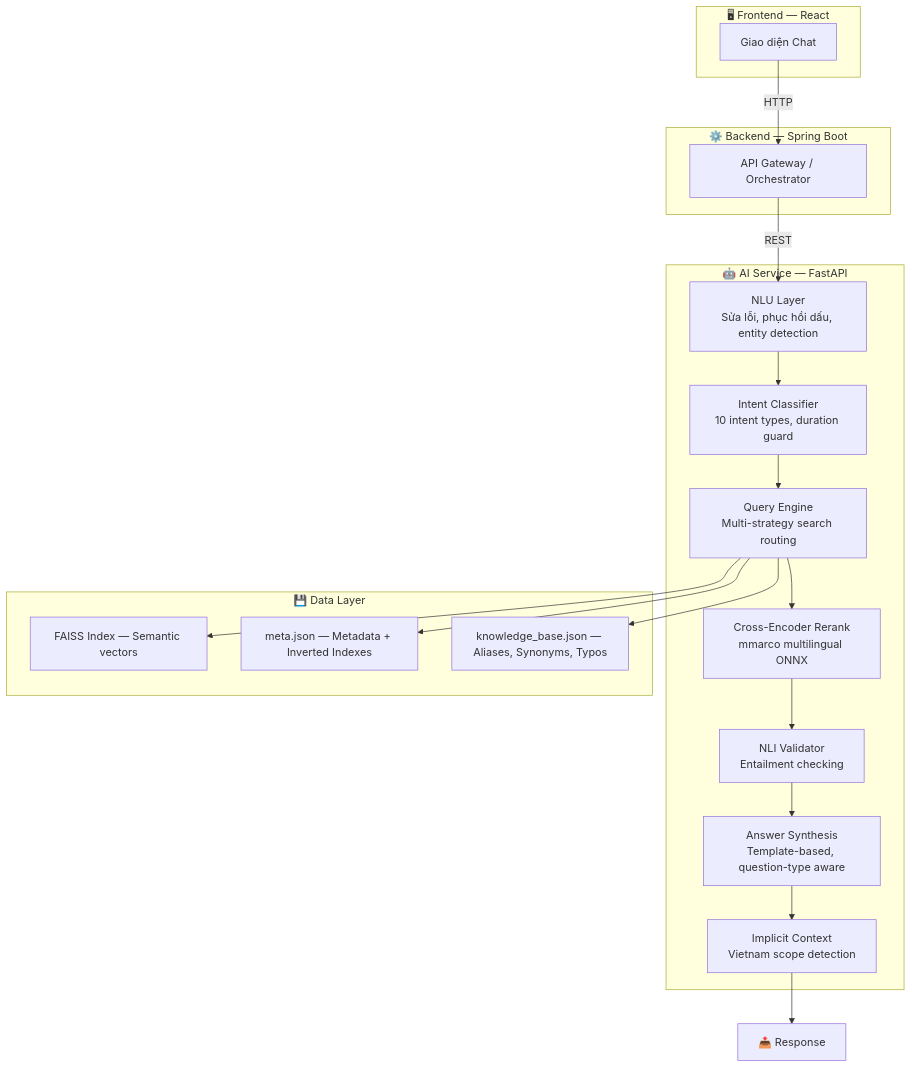
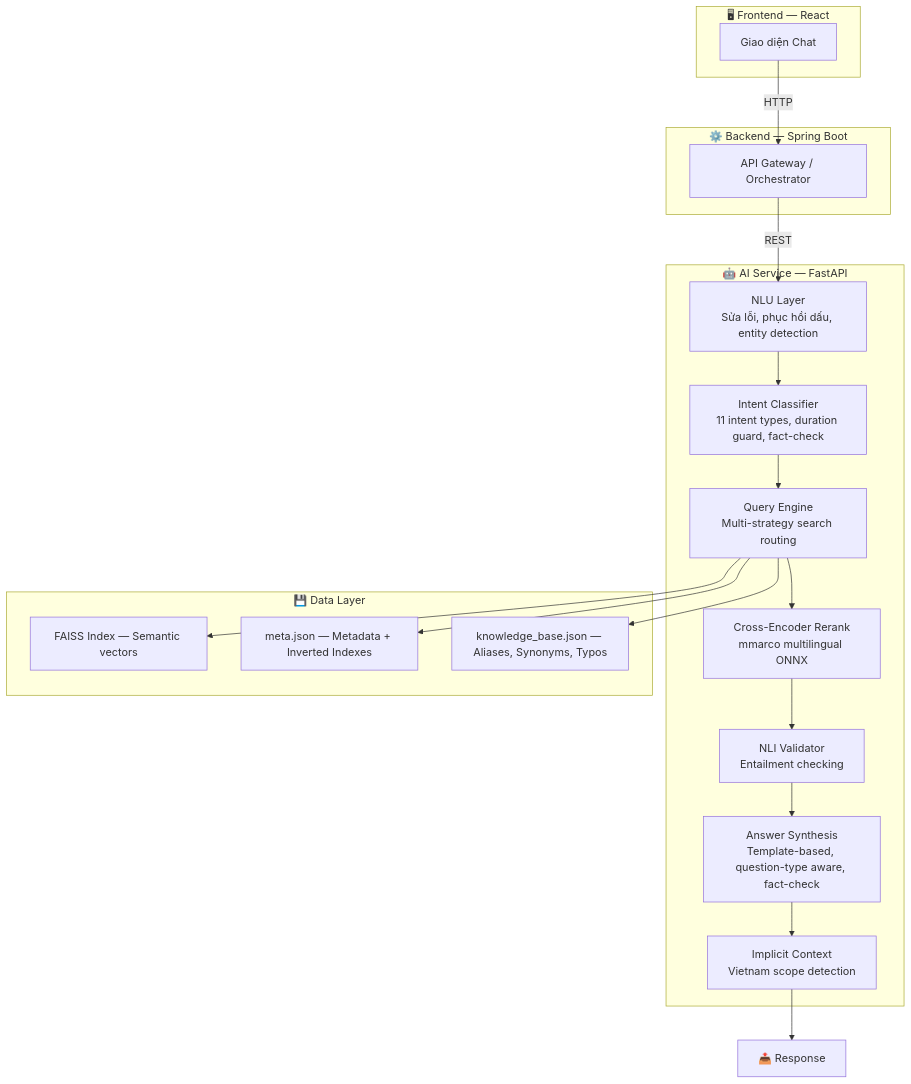
The first of 3 diagrams in README.md (HistoryMindAI/vietnam_history_dataset), drawn with Mermaid before and after one commit. The commit also changed other lines of this file and 15 other files, not shown here.

````diff
--- a/README.md
+++ b/README.md
@@ -79,37 +79,37 @@
 ```mermaid
 graph TD
     subgraph "🖥 Frontend — React"
         A["Giao diện Chat"]
     end
 
     subgraph "⚙️ Backend — Spring Boot"
         B["API Gateway / Orchestrator"]
     end
 
     subgraph "🤖 AI Service — FastAPI"
         NLU["NLU Layer<br/>Sửa lỗi, phục hồi dấu, entity detection"]
-        IC["Intent Classifier<br/>10 intent types, duration guard"]
+        IC["Intent Classifier<br/>11 intent types, duration guard, fact-check"]
         ENGINE["Query Engine<br/>Multi-strategy search routing"]
         CE["Cross-Encoder Rerank<br/>mmarco multilingual ONNX"]
         NLI["NLI Validator<br/>Entailment checking"]
-        AS["Answer Synthesis<br/>Template-based, question-type aware"]
+        AS["Answer Synthesis<br/>Template-based, question-type aware, fact-check"]
         CTX["Implicit Context<br/>Vietnam scope detection"]
     end
 
     subgraph "💾 Data Layer"
         D1["FAISS Index — Semantic vectors"]
         D2["meta.json — Metadata + Inverted Indexes"]
         D3["knowledge_base.json — Aliases, Synonyms, Typos"]
     end
 
     A -- "HTTP" --> B
     B -- "REST" --> NLU
     NLU --> IC
     IC --> ENGINE
     ENGINE --> D1 & D2 & D3
     ENGINE --> CE
     CE --> NLI
     NLI --> AS
     AS --> CTX
     CTX --> FORMAT["📤 Response"]
 ```
````
